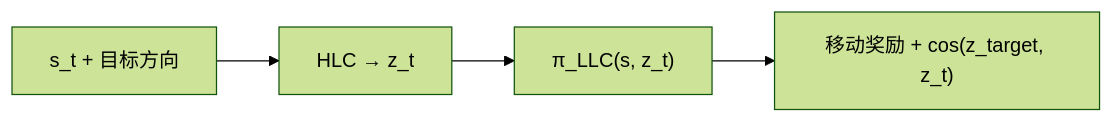
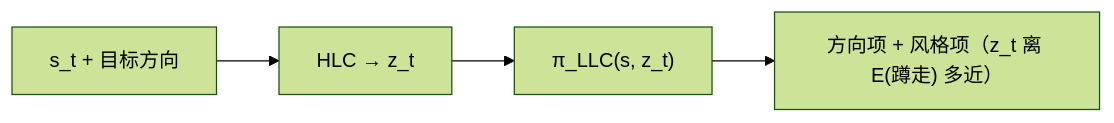
The fourth of 8 diagrams in papers/01_Foundational_RL/CALM_Conditional_Adversarial_Latent_Models_for_Directable_Virtual_Characters/CALM_Conditional_Adversarial_Latent_Models_for_Directable_Virtual_Characters.md (ImChong/Robot_Learning_Paper_Notebooks), drawn with Mermaid (forest theme) before and after one commit. The commit also changed other lines of this file and 3 other files, not shown here.

```diff
--- a/papers/01_Foundational_RL/CALM_Conditional_Adversarial_Latent_Models_for_Directable_Virtual_Characters/CALM_Conditional_Adversarial_Latent_Models_for_Directable_Virtual_Characters.md
+++ b/papers/01_Foundational_RL/CALM_Conditional_Adversarial_Latent_Models_for_Directable_Virtual_Characters/CALM_Conditional_Adversarial_Latent_Models_for_Directable_Virtual_Characters.md
@@ -267,6 +265,6 @@
 <div class="mermaid">
 flowchart LR
     S["s_t + 目标方向"] --> HLC["HLC → z_t"]
     HLC --> LLC["π_LLC(s, z_t)"]
-    LLC --> R["移动奖励 + cos(z_target, z_t)"]
+    LLC --> R["方向项 + 风格项（z_t 离 E(蹲走) 多近）"]
 </div>
```
